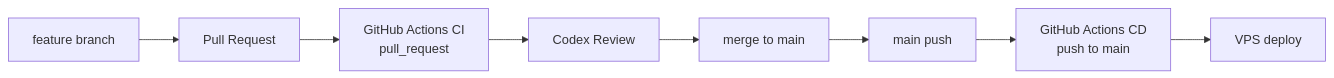
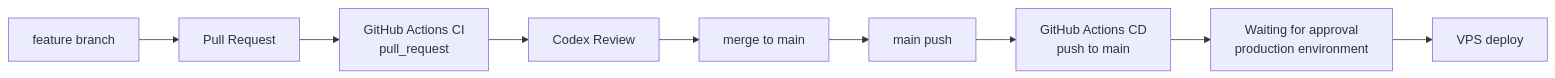
One commit to shin-arita/gotalk changed the diagram in docs/ci-cd.md. Above: the diagram before and after it, drawn with Mermaid. The commit also changed other lines of this file and 1 other file, not shown here.

````diff
--- a/docs/ci-cd.md
+++ b/docs/ci-cd.md
@@ -9,10 +9,11 @@
 ```mermaid
 flowchart LR
   Feature[feature branch] --> PR[Pull Request]
   PR --> CI[GitHub Actions CI<br/>pull_request]
   CI --> Review[Codex Review]
   Review --> Merge[merge to main]
   Merge --> MainPush[main push]
   MainPush --> CD[GitHub Actions CD<br/>push to main]
-  CD --> VPS[VPS deploy]
+  CD --> Approval[Waiting for approval<br/>production environment]
+  Approval --> VPS[VPS deploy]
 ```
````
